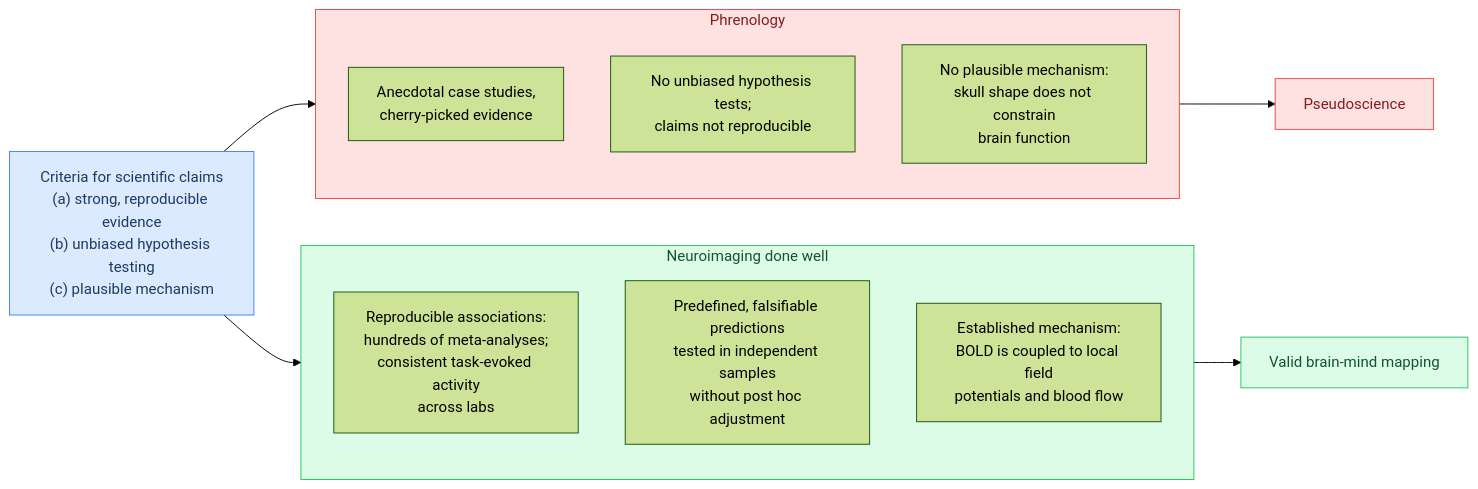
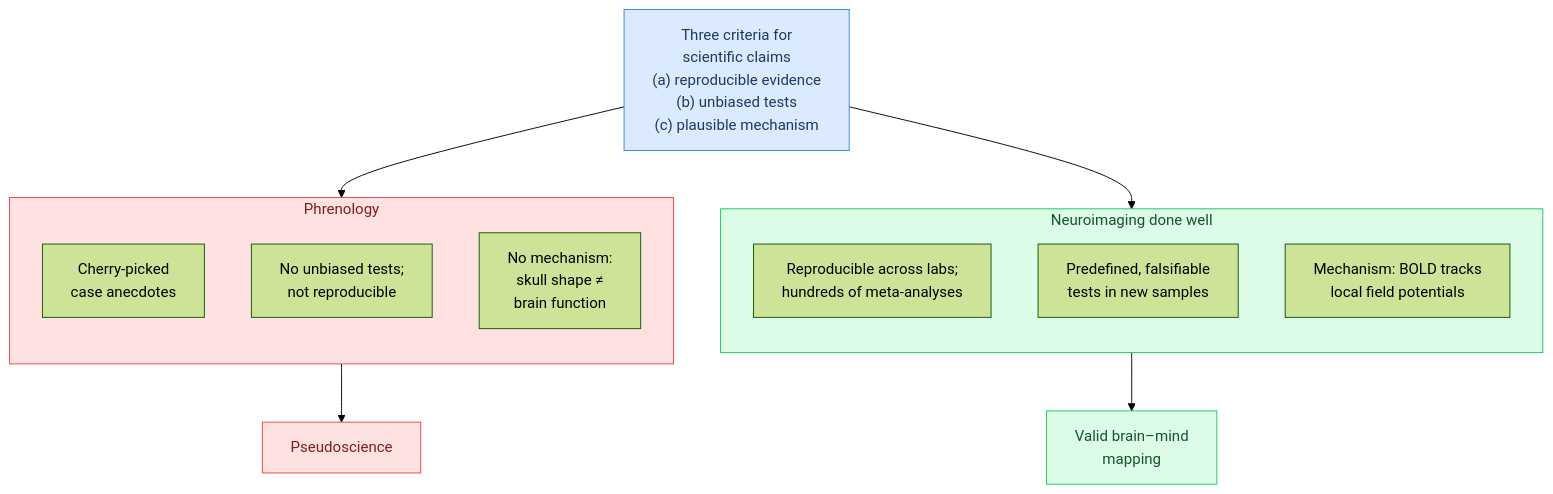
The second of 3 diagrams in part2/ch10-why-imaging-is-not-phrenology.md (torwager/elements-of-fmri-tutorials), drawn with Mermaid (forest theme) before and after one commit. The commit also changed other lines of this file and 64 other files, not shown here.

First line of the commit message:
Polish batch A (ch 1-21): equation where-lines + hover tooltips, verbose comments, example outputs, resource links, figure rights + fixes, mermaid cleanup

````diff
--- a/part2/ch10-why-imaging-is-not-phrenology.md
+++ b/part2/ch10-why-imaging-is-not-phrenology.md
@@ -59,22 +60,25 @@
 ```{mermaid}
-flowchart LR
+flowchart TD
+    C["Three criteria for<br/>scientific claims<br/>(a) reproducible evidence<br/>(b) unbiased tests<br/>(c) plausible mechanism"]
+    C --> P
+    C --> N
     subgraph P["Phrenology"]
-        P1["Anecdotal case studies,<br/>cherry-picked evidence"]
-        P2["No unbiased hypothesis tests;<br/>claims not reproducible"]
-        P3["No plausible mechanism:<br/>skull shape does not constrain<br/>brain function"]
+        direction TB
+        P1["Cherry-picked<br/>case anecdotes"]
+        P2["No unbiased tests;<br/>not reproducible"]
+        P3["No mechanism:<br/>skull shape ≠<br/>brain function"]
     end
     subgraph N["Neuroimaging done well"]
-        N1["Reproducible associations:<br/>hundreds of meta-analyses;<br/>consistent task-evoked activity<br/>across labs"]
-        N2["Predefined, falsifiable predictions<br/>tested in independent samples<br/>without post hoc adjustment"]
-        N3["Established mechanism:<br/>BOLD is coupled to local field<br/>potentials and blood flow"]
+        direction TB
+        N1["Reproducible across labs;<br/>hundreds of meta-analyses"]
+        N2["Predefined, falsifiable<br/>tests in new samples"]
+        N3["Mechanism: BOLD tracks<br/>local field potentials"]
     end
-    C["Criteria for scientific claims<br/>(a) strong, reproducible evidence<br/>(b) unbiased hypothesis testing<br/>(c) plausible mechanism"] --> P
-    C --> N
     P --> V1["Pseudoscience"]
-    N --> V2["Valid brain-mind mapping"]
+    N --> V2["Valid brain–mind<br/>mapping"]
     style C fill:#dbeafe,stroke:#3b82f6,color:#1e3a5f
     style P fill:#fee2e2,stroke:#ef4444,color:#7f1d1d
     style N fill:#dcfce7,stroke:#22c55e,color:#14532d
     style V1 fill:#fee2e2,stroke:#ef4444,color:#7f1d1d
     style V2 fill:#dcfce7,stroke:#22c55e,color:#14532d
 ```
````
